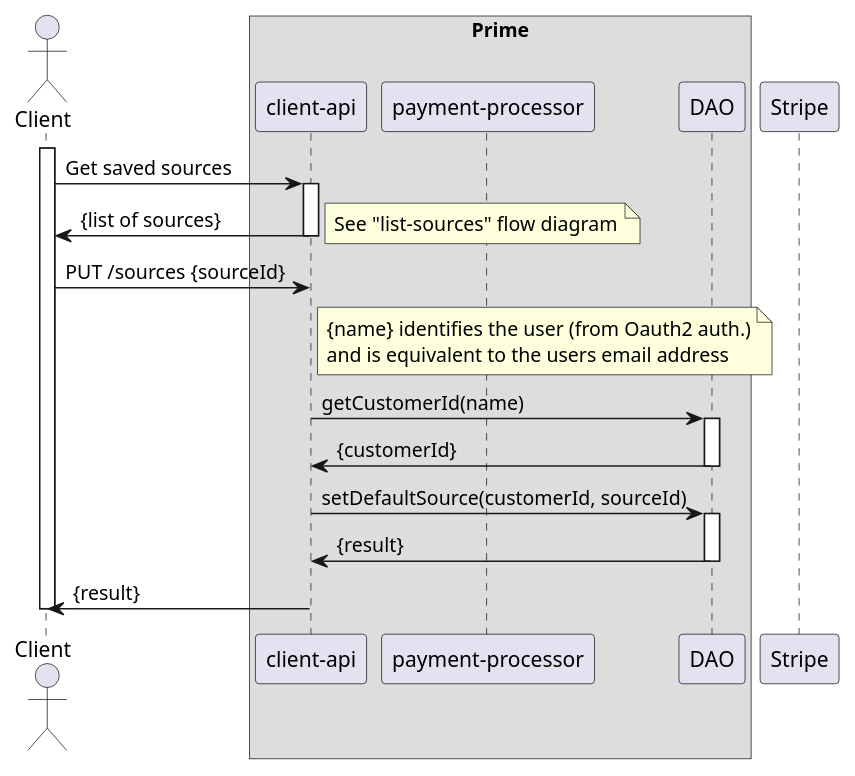
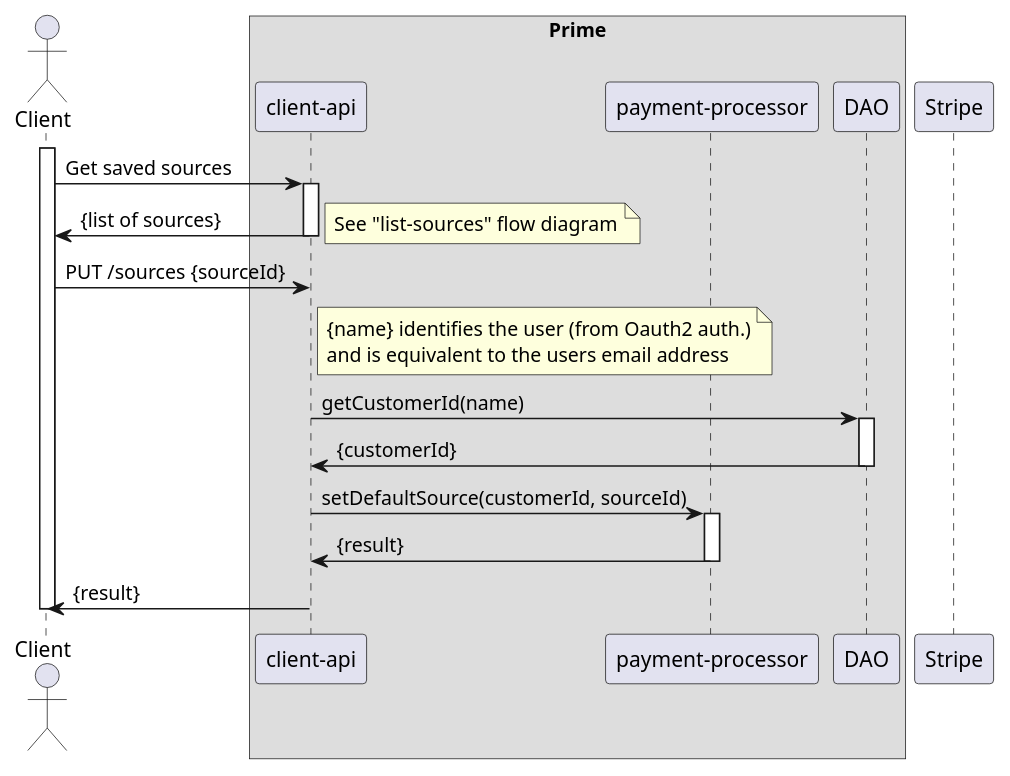
One commit to ostelco/ostelco-core changed the diagram in payment-processor/doc/puml/set-default-source.puml. Above: the diagram before and after it, drawn with PlantUML. The commit also changed 2 other files, not shown here.

Commit message:
setDefaultSource for customer in PaymentProcessor

```diff
--- a/payment-processor/doc/puml/set-default-source.puml
+++ b/payment-processor/doc/puml/set-default-source.puml
@@ -1,42 +1,42 @@
 @startuml
 
 actor Client
 participant Client
 
 box "Prime"
     participant "client-api"
     participant "payment-processor"
     participant "DAO"
 end box
 participant Stripe
 
 activate Client
 
     Client -> "client-api" : Get saved sources
     activate "client-api"
     "client-api" -> Client : {list of sources}
     deactivate "client-api"
     note right : See "list-sources" flow diagram
 
     Client -> "client-api" : PUT /sources {sourceId}
     note right of "client-api"
        {name} identifies the user (from Oauth2 auth.)
        and is equivalent to the users email address
     end note
 
     "client-api" -> DAO : getCustomerId(name)
     activate DAO
     DAO -> "client-api" : {customerId}
     deactivate DAO
 
-    "client-api" -> DAO : setDefaultSource(customerId, sourceId)
-    activate DAO
-    DAO -> "client-api" : {result}
-    deactivate DAO
+    "client-api" -> "payment-processor" : setDefaultSource(customerId, sourceId)
+    activate "payment-processor"
+    "payment-processor" -> "client-api" : {result}
+    deactivate "payment-processor"
 
     "client-api" -> Client : {result}
     deactivate "client-api"
 
 deactivate Client
 
 @enduml
```
